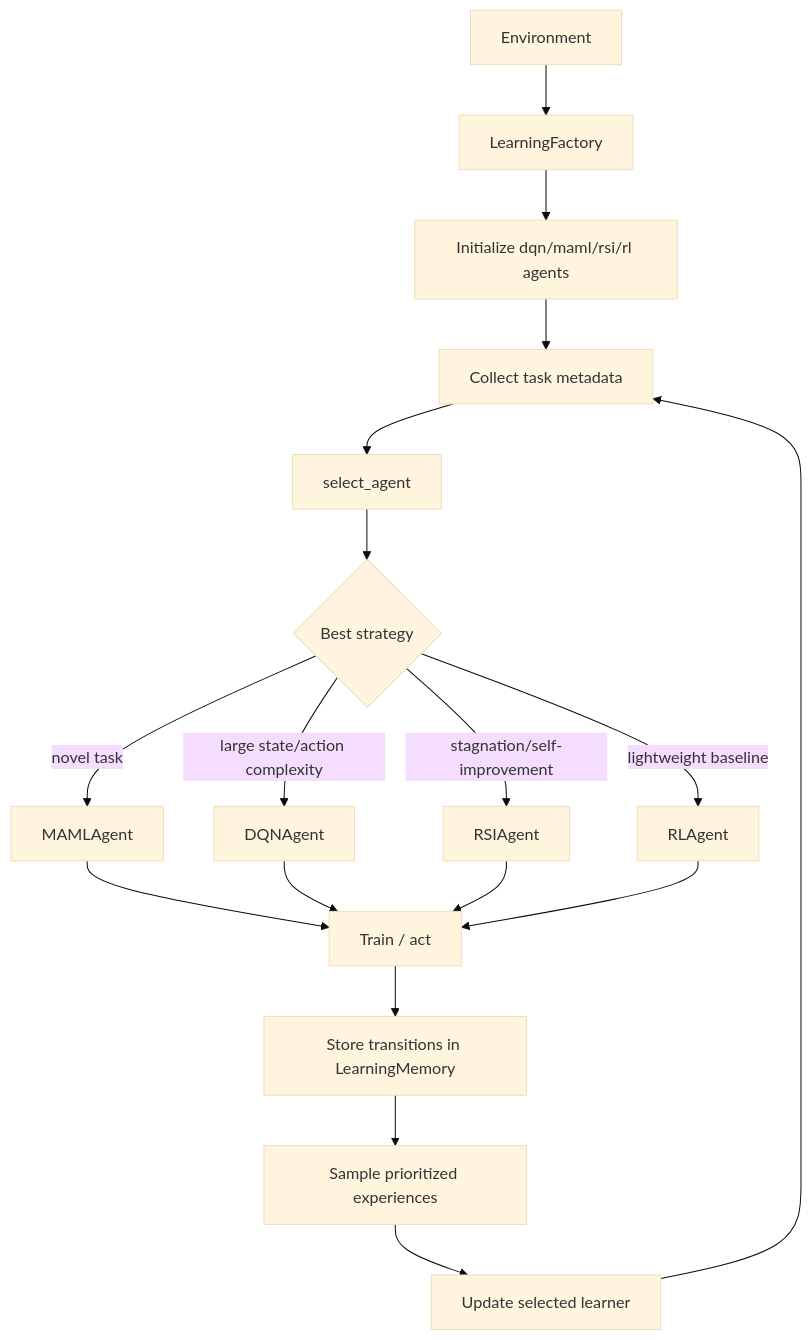
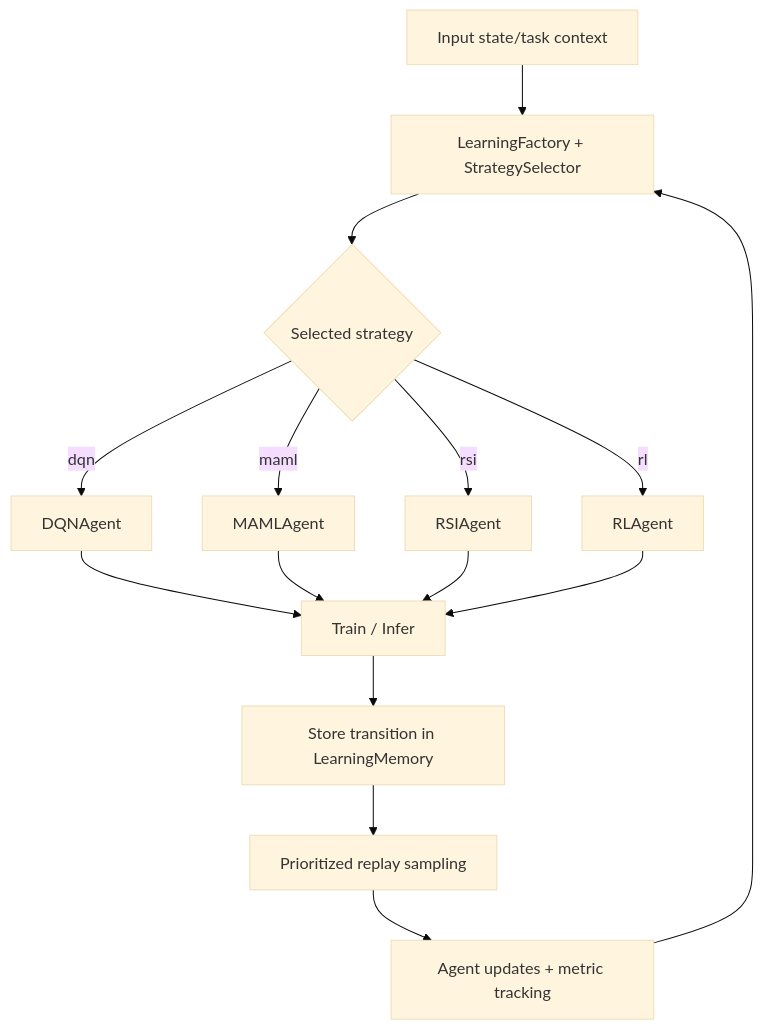
One commit to The-Outsider-97/SLAI changed the diagram in src/agents/learning/README.md. Above: the diagram before and after it, drawn with Mermaid (base theme). The commit also changed other lines of this file, not shown here.

````diff
--- a/src/agents/learning/README.md
+++ b/src/agents/learning/README.md
@@ -63,20 +53,17 @@
 ```mermaid
 flowchart TD
-    A[Environment] --> B[LearningFactory]
-    B --> C[Initialize dqn/maml/rsi/rl agents]
-    C --> D[Collect task metadata]
-    D --> E[select_agent]
-    E --> F{Best strategy}
-    F -->|novel task| G[MAMLAgent]
-    F -->|large state/action complexity| H[DQNAgent]
-    F -->|stagnation/self-improvement| I[RSIAgent]
-    F -->|lightweight baseline| J[RLAgent]
-    G --> K[Train / act]
-    H --> K
-    I --> K
-    J --> K
-    K --> L[Store transitions in LearningMemory]
-    L --> M[Sample prioritized experiences]
-    M --> N[Update selected learner]
-    N --> D
+    A[Input state/task context] --> B[LearningFactory + StrategySelector]
+    B --> C{Selected strategy}
+    C -->|dqn| D[DQNAgent]
+    C -->|maml| E[MAMLAgent]
+    C -->|rsi| F[RSIAgent]
+    C -->|rl| G[RLAgent]
+    D --> H[Train / Infer]
+    E --> H
+    F --> H
+    G --> H
+    H --> I[Store transition in LearningMemory]
+    I --> J[Prioritized replay sampling]
+    J --> K[Agent updates + metric tracking]
+    K --> B
 ```
````
